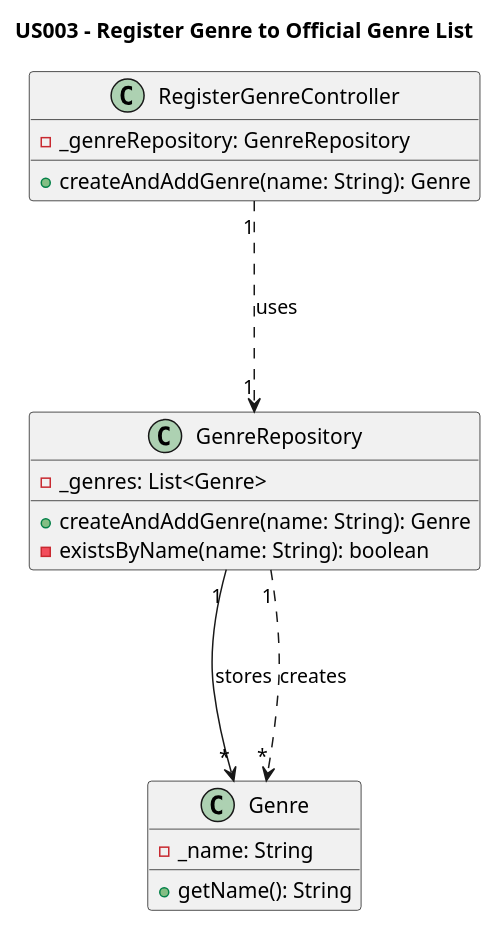
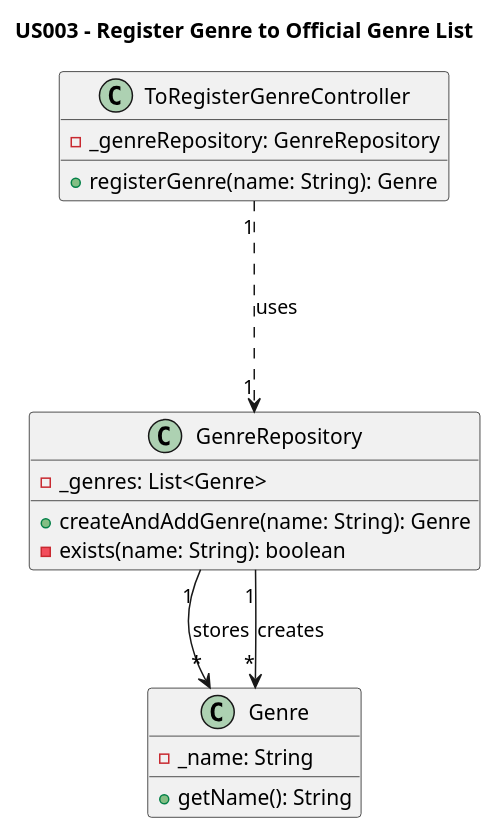
One commit to AndrePereiraGitH/SWitCH-Project-Team_A changed the diagram in Diagrams/ClassDiagrams/US003 - To add a publication genre to the genre list.puml. Above: the diagram before and after it, drawn with PlantUML. The commit also changed 8 other files, not shown here.

```diff
--- a/Diagrams/ClassDiagrams/US003 - To add a publication genre to the genre list.puml
+++ b/Diagrams/ClassDiagrams/US003 - To add a publication genre to the genre list.puml
@@ -1,26 +1,26 @@
 @startuml
 title US003 - Register Genre to Official Genre List
 
-class RegisterGenreController {
+class ToRegisterGenreController {
   -_genreRepository: GenreRepository
-  +createAndAddGenre(name: String): Genre
+  +registerGenre(name: String): Genre
 }
 
 class GenreRepository {
   -_genres: List<Genre>
   +createAndAddGenre(name: String): Genre
-  -existsByName(name: String): boolean
+  -exists(name: String): boolean
 }
 
 class Genre {
   -_name: String
   +getName(): String
 }
 
 
-RegisterGenreController "1" -.-> "1" GenreRepository : uses
+ToRegisterGenreController "1" -.-> "1" GenreRepository : uses
 GenreRepository "1" --> "*" Genre : stores
-GenreRepository "1" -.-> "*" Genre : creates
+GenreRepository "1" --> "*" Genre : creates
 
 
 @enduml
```
